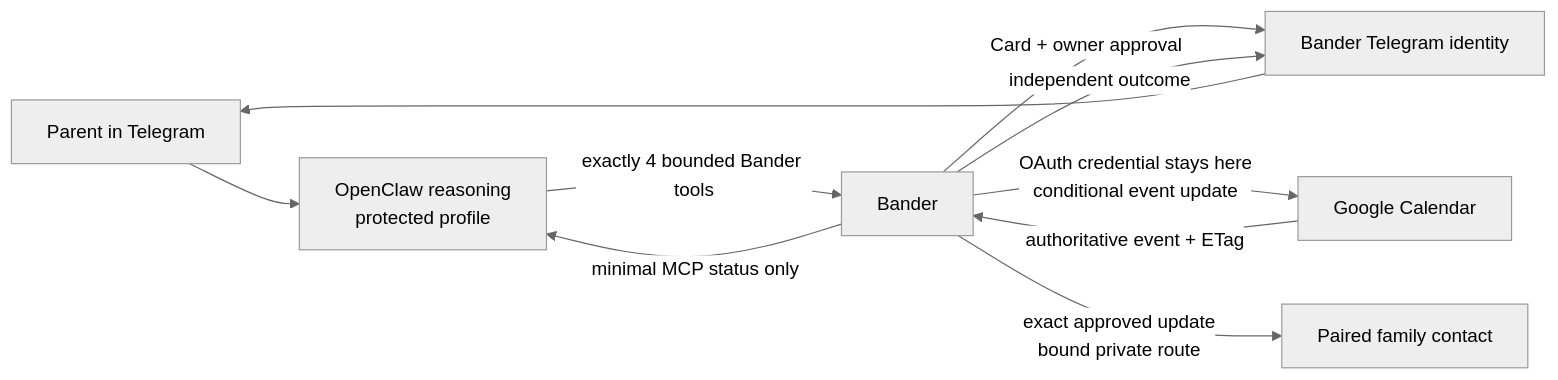
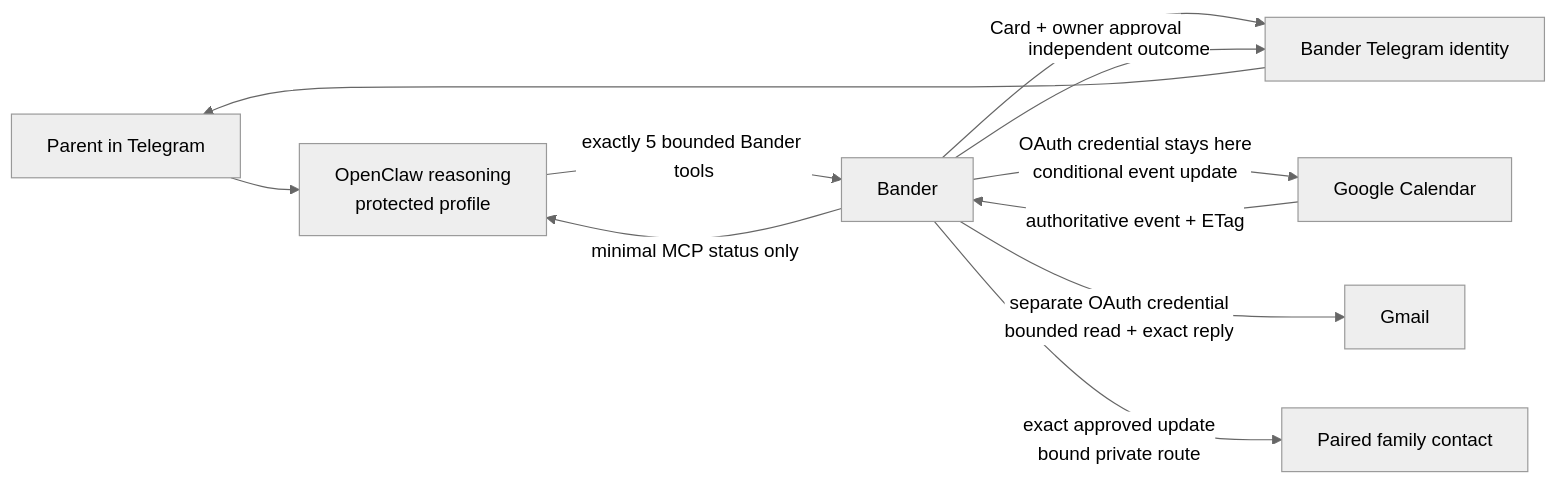
One commit to gowtham0992/bander changed the diagram in README.md. Above: the diagram before and after it, drawn with Mermaid (neutral theme). The commit also changed other lines of this file and 63 other files, not shown here.

Commit message:
Add bounded Gmail and family coordination

````diff
--- a/README.md
+++ b/README.md
@@ -54,12 +57,13 @@
 ```mermaid
 flowchart LR
     P["Parent in Telegram"] --> O["OpenClaw reasoning<br/>protected profile"]
-    O -->|"exactly 4 bounded Bander tools"| B["Bander"]
+    O -->|"exactly 5 bounded Bander tools"| B["Bander"]
     B -->|"minimal MCP status only"| O
     B -->|"Card + owner approval"| T["Bander Telegram identity"]
     T --> P
     B -->|"OAuth credential stays here<br/>conditional event update"| G["Google Calendar"]
+    B -->|"separate OAuth credential<br/>bounded read + exact reply"| M["Gmail"]
     G -->|"authoritative event + ETag"| B
     B -->|"exact approved update<br/>bound private route"| F["Paired family contact"]
     B -->|"independent outcome"| T
 ```
````
